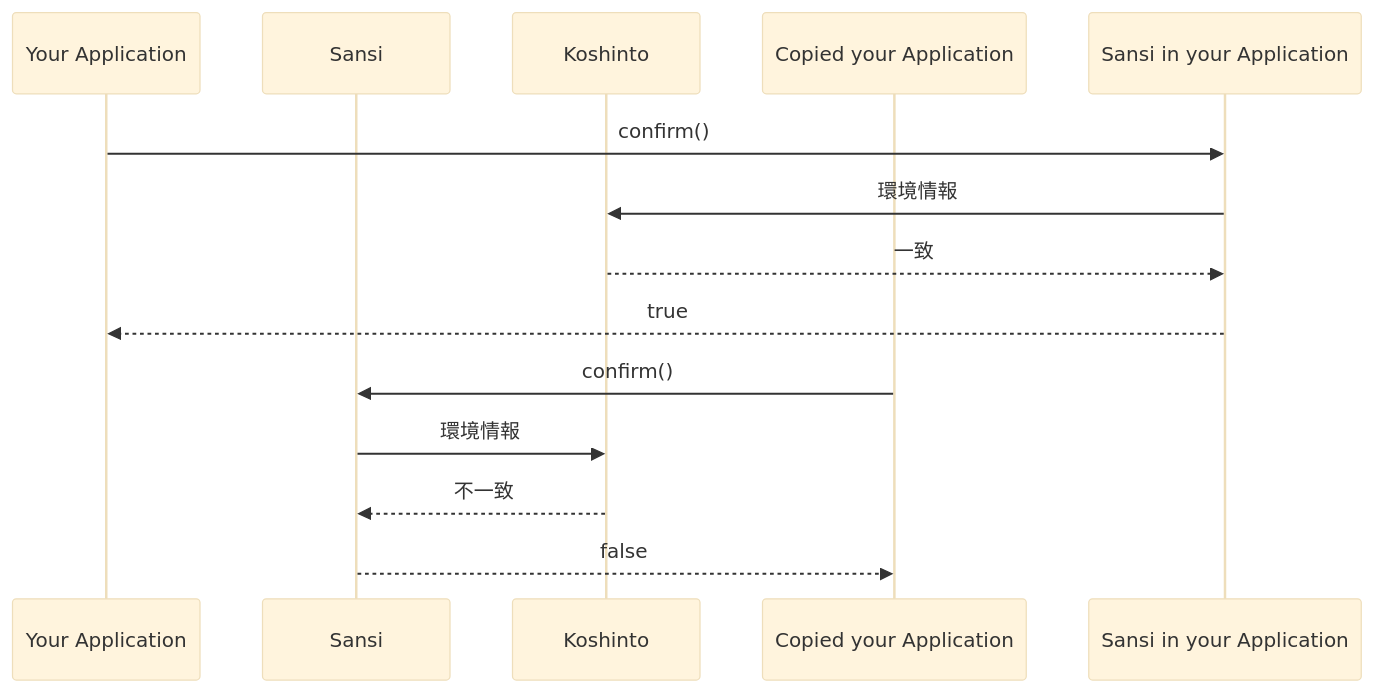
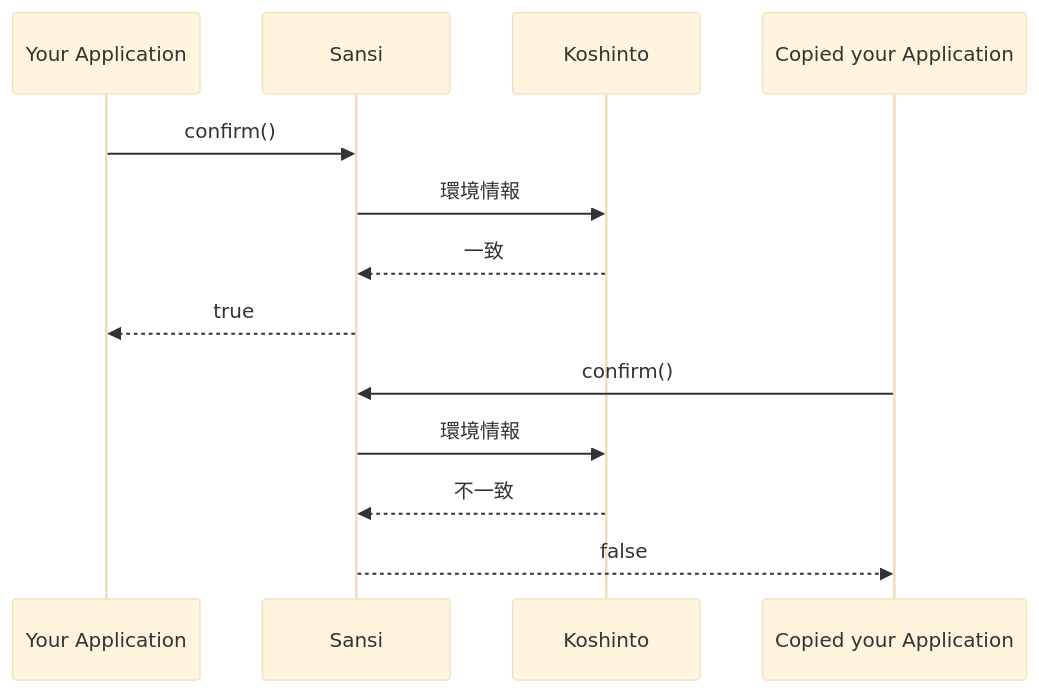
Before and after one commit to UedaTakeyuki/sansi_examples: the diagram in README.md, drawn with Mermaid (base theme).

````diff
--- a/README.md
+++ b/README.md
@@ -10,18 +10,18 @@
 ```mermaid
 sequenceDiagram;
 participant Your Application
 participant Sansi
 participant Koshinto
 participant Sansi
 participant Copied your Application
 
-Your Application->>Sansi in your Application: confirm()
-Sansi in your Application->>Koshinto: 環境情報
-Koshinto-->>Sansi in your Application: 一致
-Sansi in your Application-->>Your Application: true
+Your Application->>Sansi: confirm()
+Sansi->>Koshinto: 環境情報
+Koshinto-->>Sansi: 一致
+Sansi-->>Your Application: true
 
 Copied your Application->>Sansi: confirm()
 Sansi->>Koshinto: 環境情報
 Koshinto-->>Sansi: 不一致
 Sansi-->>Copied your Application: false
 ```
````
